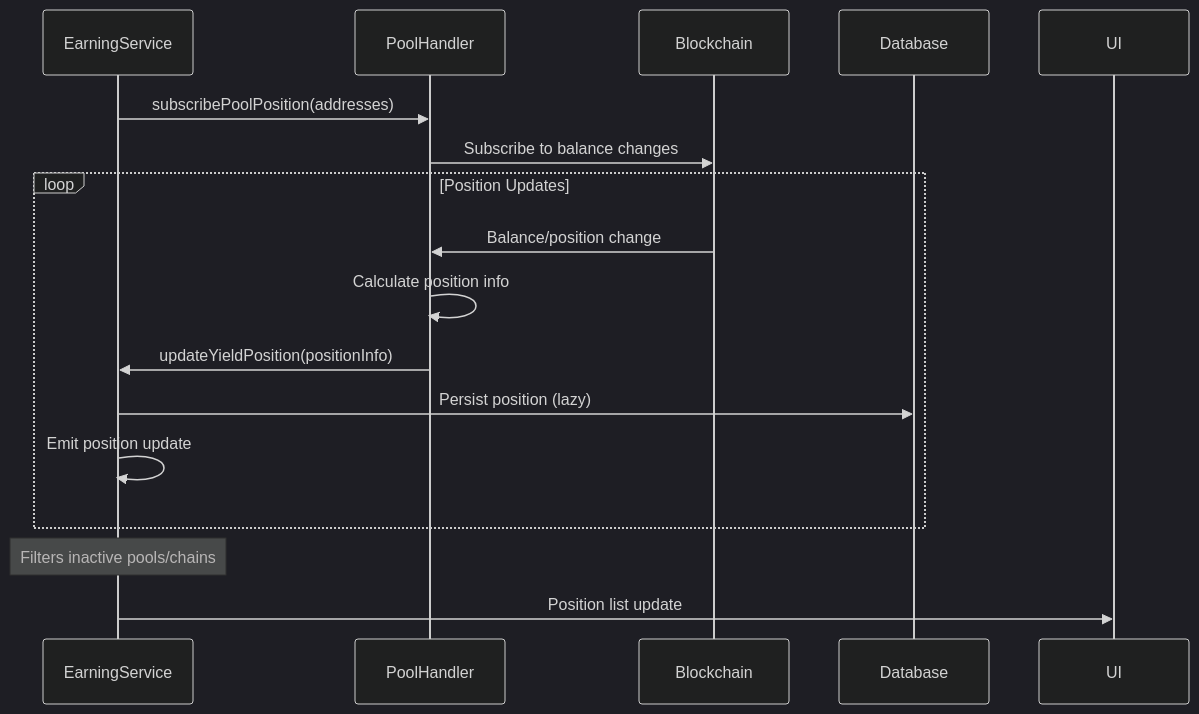
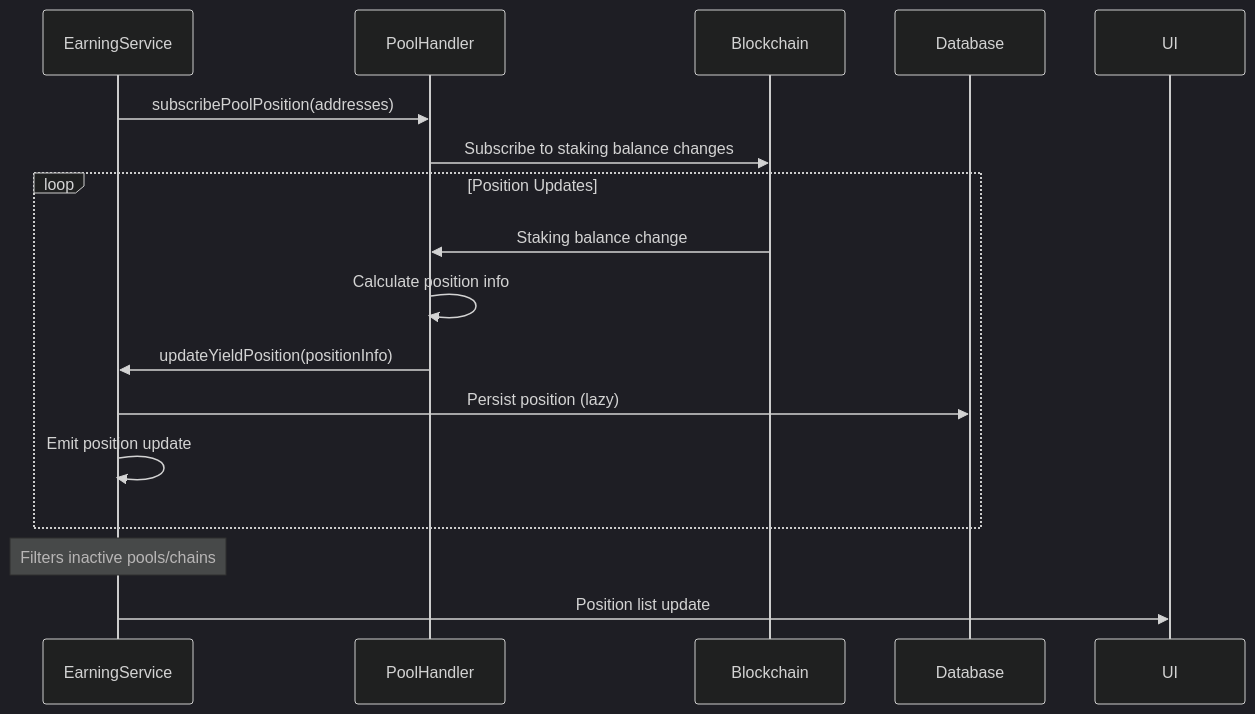
The fourth of 6 diagrams in packages/extension-base/src/services/earning-service/README.md (Koniverse/SubWallet-Extension), drawn with Mermaid (dark theme) before and after one commit. The commit also changed other lines of this file, not shown here.

Commit message:
[DOCS] [Earning] Update some logic flow

````diff
--- a/packages/extension-base/src/services/earning-service/README.md
+++ b/packages/extension-base/src/services/earning-service/README.md
@@ -492,21 +492,21 @@
 ```mermaid
 sequenceDiagram
     participant ES as EarningService
     participant PH as PoolHandler
     participant Chain as Blockchain
     participant DB as Database
     
     ES->>PH: subscribePoolPosition(addresses)
-    PH->>Chain: Subscribe to balance changes
+    PH->>Chain: Subscribe to staking balance changes
     
     loop Position Updates
-        Chain->>PH: Balance/position change
+        Chain->>PH: Staking balance change
         PH->>PH: Calculate position info
         PH->>ES: updateYieldPosition(positionInfo)
         ES->>DB: Persist position (lazy)
         ES->>ES: Emit position update
     end
     
     Note over ES: Filters inactive pools/chains
     ES->>UI: Position list update
 ```
````
